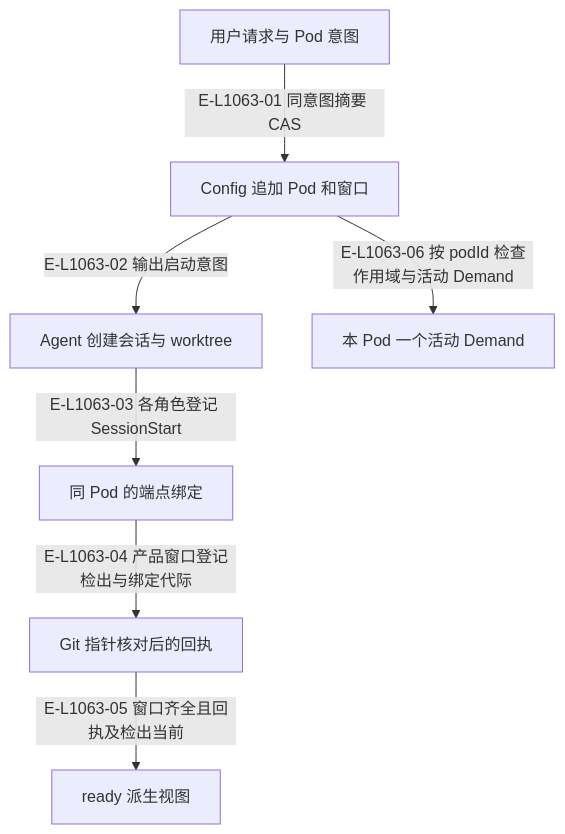
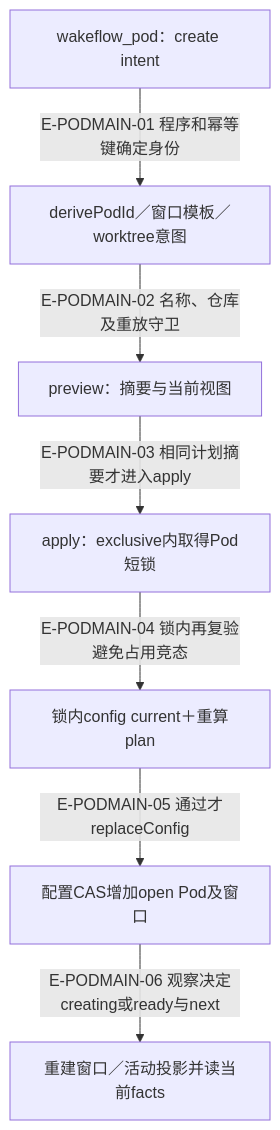
The diagram in wakeflow-architecture-atlas/maps/15-pod/README.md (GxFn/Wakeflow), drawn with Mermaid before and after one commit. The commit also changed other lines of this file and 76 other files, not shown here.

First line of the commit message:
docs(atlas): refresh architecture maps for the rc.5 codebase

````diff
--- a/wakeflow-architecture-atlas/maps/15-pod/README.md
+++ b/wakeflow-architecture-atlas/maps/15-pod/README.md
@@ -153,18 +42,18 @@
 ```mermaid
 flowchart TB
-  accTitle: Pod 配置和端点事实形成执行环境
-  accDescr: Pod 配置和端点事实形成执行环境；箭头区分当前代码步骤、返回事实与明确的条件。
-  intent["用户请求与 Pod 意图"]
-  config["Config 追加 Pod 和窗口"]
-  host["Agent 创建会话与 worktree"]
-  binding["同 Pod 的端点绑定"]
-  receipt["Git 指针核对后的回执"]
-  ready["ready 派生视图"]
-  demand["本 Pod 一个活动 Demand"]
-  intent -->|"E-L1063-01 同意图摘要 CAS"| config
-  config -->|"E-L1063-02 输出启动意图"| host
-  host -->|"E-L1063-03 各角色登记 SessionStart"| binding
-  binding -->|"E-L1063-04 产品窗口登记检出与绑定代际"| receipt
-  receipt -->|"E-L1063-05 窗口齐全且回执及检出当前"| ready
-  config -->|"E-L1063-06 按 podId 检查作用域与活动 Demand"| demand
+  accTitle: Pod创建的真实调用链
+  accDescr: 效果外壳计算创建计划，apply先在工作区独占范围打开上下文，再在Pod短锁中重验配置和计划，再CAS追加完整窗口组与worktree意图。
+  a["wakeflow_pod：create intent"]
+  p["derivePodId／窗口模板／worktree意图"]
+  v["preview：摘要与当前视图"]
+  l["apply：exclusive内取得Pod短锁"]
+  c["锁内config current＋重算plan"]
+  w["配置CAS增加open Pod及窗口"]
+  r["重建窗口／活动投影并读当前facts"]
+  a -->|"E-PODMAIN-01 程序和幂等键确定身份"| p
+  p -->|"E-PODMAIN-02 名称、仓库及重放守卫"| v
+  v -->|"E-PODMAIN-03 相同计划摘要才进入apply"| l
+  l -->|"E-PODMAIN-04 锁内再复验避免占用竞态"| c
+  c -->|"E-PODMAIN-05 通过才replaceConfig"| w
+  w -->|"E-PODMAIN-06 观察决定creating或ready与next"| r
 ```
````
